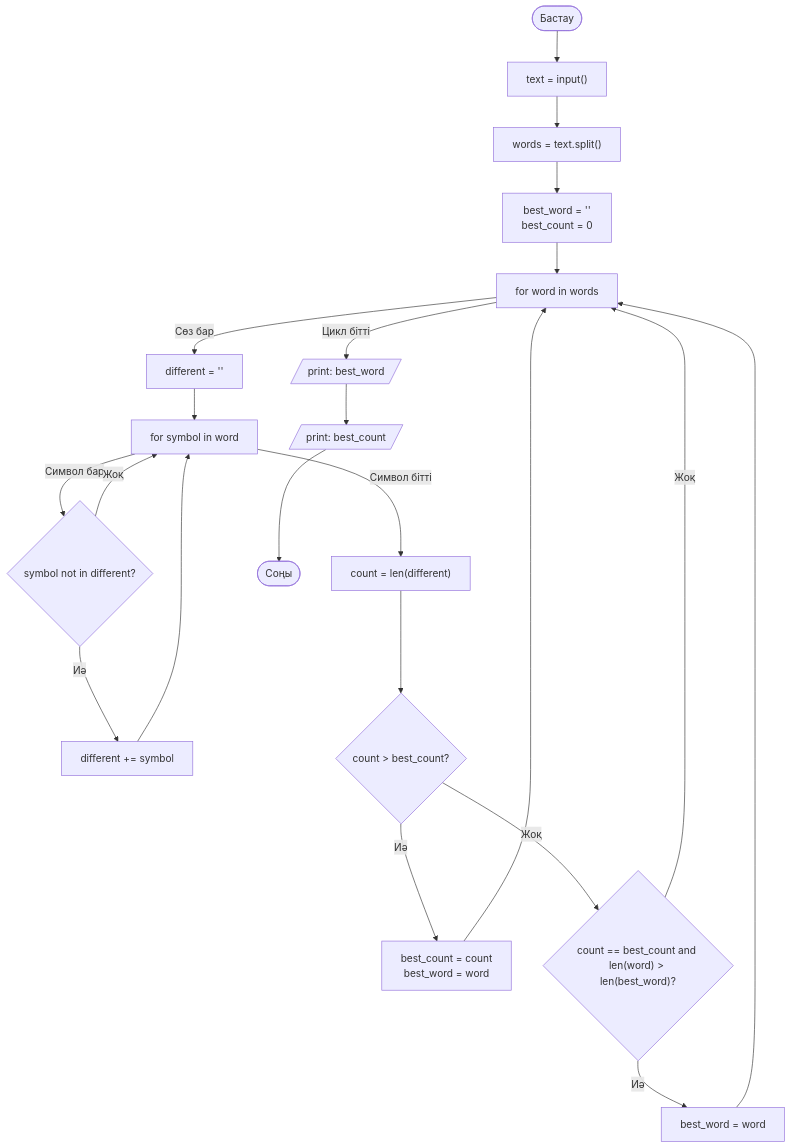
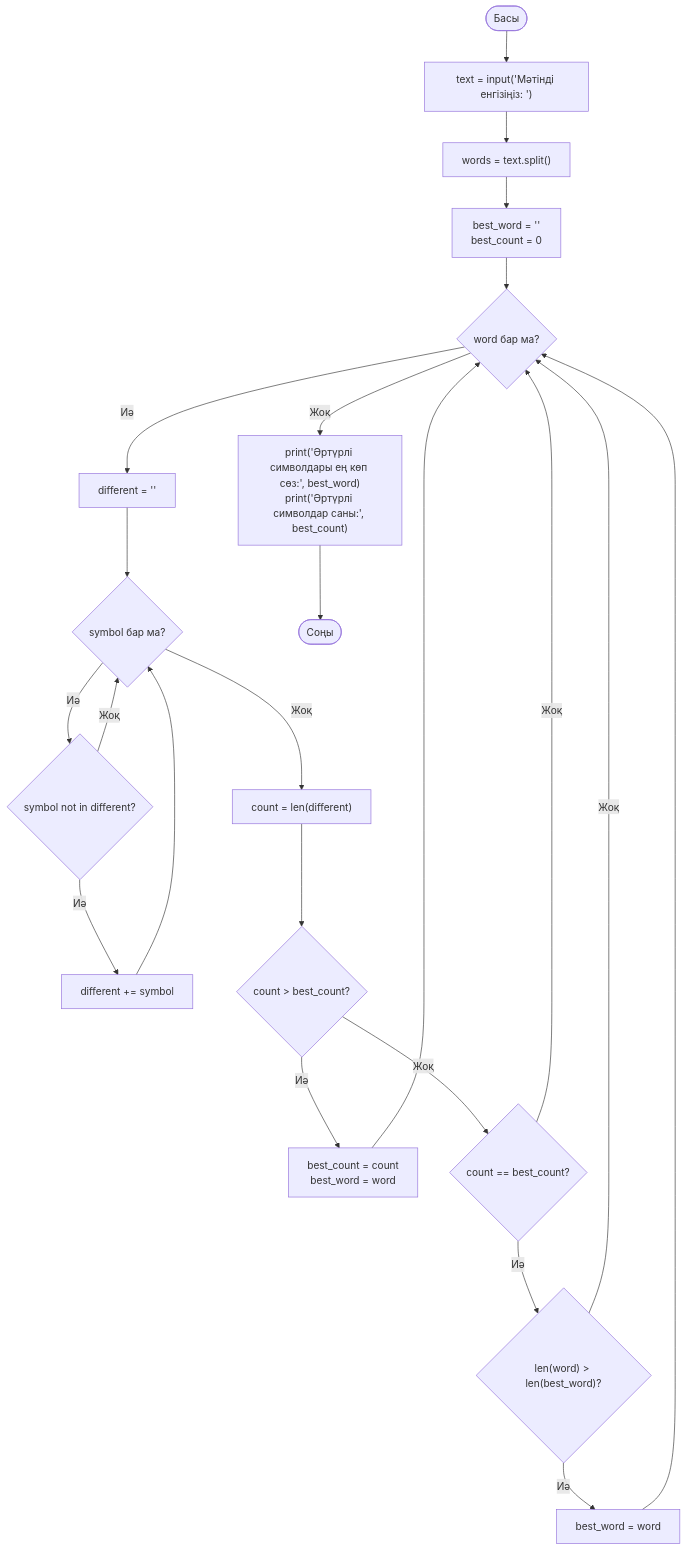
One commit to aanakuanys/blok-schema changed the second of 3 diagrams in README.md. Above: the diagram before and after it, drawn with Mermaid. The commit also changed other lines of this file, not shown here.

Commit message:
Replace mermaid diagrams with flowcharts

````diff
--- a/README.md
+++ b/README.md
@@ -35,33 +35,32 @@
 ```mermaid
-graph TD
-    Start([Бастау]) --> Input["text = input()"]
-    
-    Input --> Split["words = text.split()"]
-    Split --> Init["best_word = '' <br/> best_count = 0"]
-    
-    Init --> LoopWord["for word in words"]
-    
-    LoopWord -- "Сөз бар" --> InitDiff["different = ''"]
-    InitDiff --> LoopSym["for symbol in word"]
-    
-    LoopSym -- "Символ бар" --> CheckSym{"symbol not in different?"}
-    
-    CheckSym -- "Иә" --> AddSym["different += symbol"] --> LoopSym
-    CheckSym -- "Жоқ" --> LoopSym
-    
-    LoopSym -- "Символ бітті" --> Calc["count = len(different)"]
-    
-    Calc --> CheckCount{"count > best_count?"}
-    
-    CheckCount -- "Иә" --> Upd1["best_count = count <br/> best_word = word"] --> LoopWord
-    CheckCount -- "Жоқ" --> CheckLen{"count == best_count and len(word) > len(best_word)?"}
-    
-    CheckLen -- "Иә" --> Upd2["best_word = word"] --> LoopWord
-    CheckLen -- "Жоқ" --> LoopWord
-    
-    LoopWord -- "Цикл бітті" --> Print1[/print: best_word/]
-    
-    Print1 --> Print2[/print: best_count/]
-    
-    Print2 --> End([Соңы])
+flowchart TD
+    A([Басы]) --> B["text = input('Мәтінді енгізіңіз: ')"]
+    B --> C["words = text.split()"]
+    C --> D["best_word = ''<br/>best_count = 0"]
+    D --> E{"word бар ма?"}
+
+    E -->|Иә| F["different = ''"]
+    F --> G{"symbol бар ма?"}
+    G -->|Иә| H{"symbol not in different?"}
+
+    H -->|Иә| I["different += symbol"]
+    H -->|Жоқ| G
+    I --> G
+
+    G -->|Жоқ| J["count = len(different)"]
+    J --> K{"count > best_count?"}
+
+    K -->|Иә| L["best_count = count<br/>best_word = word"]
+    K -->|Жоқ| M{"count == best_count?"}
+
+    M -->|Иә| N{"len(word) > len(best_word)?"}
+    M -->|Жоқ| E
+
+    N -->|Иә| O["best_word = word"]
+    N -->|Жоқ| E
+    O --> E
+    L --> E
+
+    E -->|Жоқ| P["print('Әртүрлі символдары ең көп сөз:', best_word)<br/>print('Әртүрлі символдар саны:', best_count)"]
+    P --> Q([Соңы])
 ```
````
